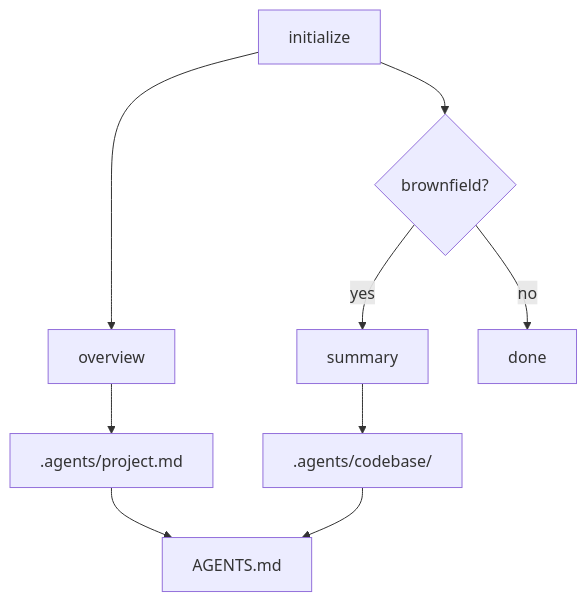
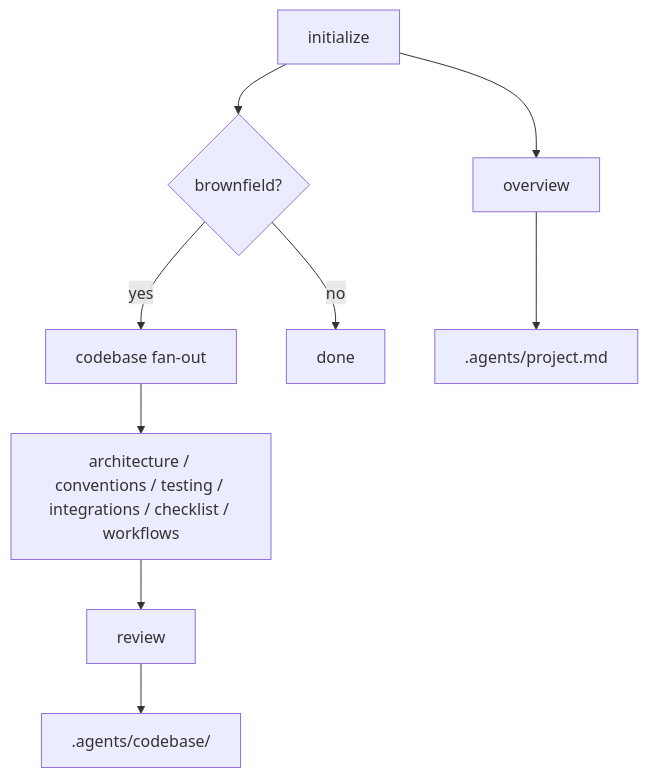
One commit to adeonir/agent-skills changed the diagram in skills/engineering/project-index/README.md. Above: the diagram before and after it, drawn with Mermaid. The commit also changed other lines of this file and 18 other files, not shown here.

First line of the commit message:
refactor(project-index): align skill with repo authoring conventions

````diff
--- a/skills/engineering/project-index/README.md
+++ b/skills/engineering/project-index/README.md
@@ -15,11 +10,11 @@
 ```mermaid
 flowchart TD
     A[initialize] --> B[overview]
     A --> C{brownfield?}
-    C -->|yes| D[summary]
+    C -->|yes| D[codebase fan-out]
     C -->|no| E[done]
-    B --> F[.agents/project.md]
-    D --> G[.agents/codebase/]
-    F --> H[AGENTS.md]
-    G --> H
+    D --> F[architecture / conventions / testing / integrations / checklist / workflows]
+    F --> G[review]
+    B --> H[.agents/project.md]
+    G --> I[.agents/codebase/]
 ```
````
